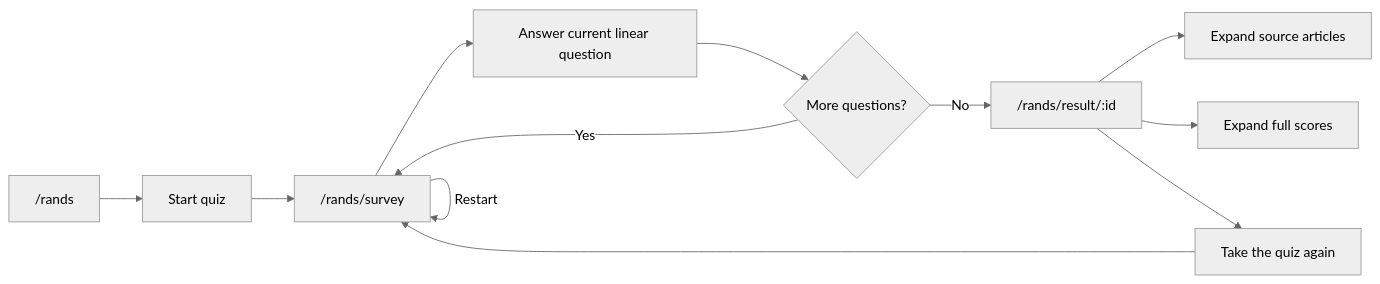
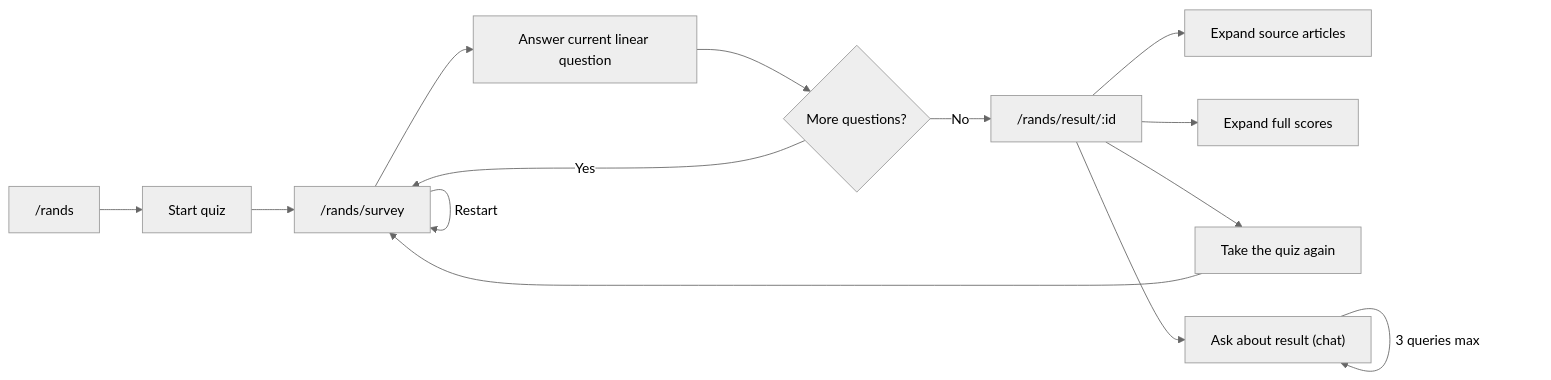
The second of 3 diagrams in architecture.md (johnpfeiffer/rands-personality-game), drawn with Mermaid (neutral theme) before and after one commit. The commit also changed other lines of this file and 6 other files, not shown here.

````diff
--- a/architecture.md
+++ b/architecture.md
@@ -37,14 +48,16 @@
 ```mermaid
 flowchart LR
     A["/rands"] --> B["Start quiz"]
     B --> C["/rands/survey"]
     C --> D["Answer current linear question"]
     D --> E{"More questions?"}
     E -->|Yes| C
     E -->|No| F["/rands/result/:id"]
     C -->|Restart| C
     F --> G["Expand source articles"]
     F --> H["Expand full scores"]
     F --> I["Take the quiz again"]
+    F --> J["Ask about result (chat)"]
+    J -->|3 queries max| J
     I --> C
 ```
````
